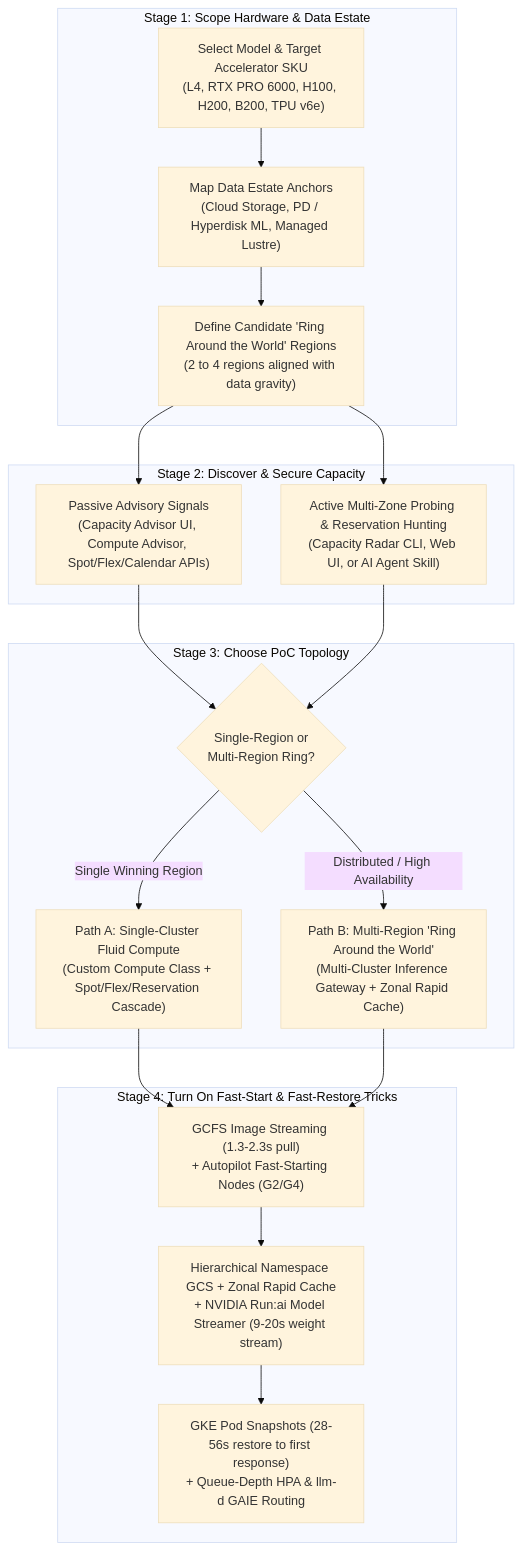
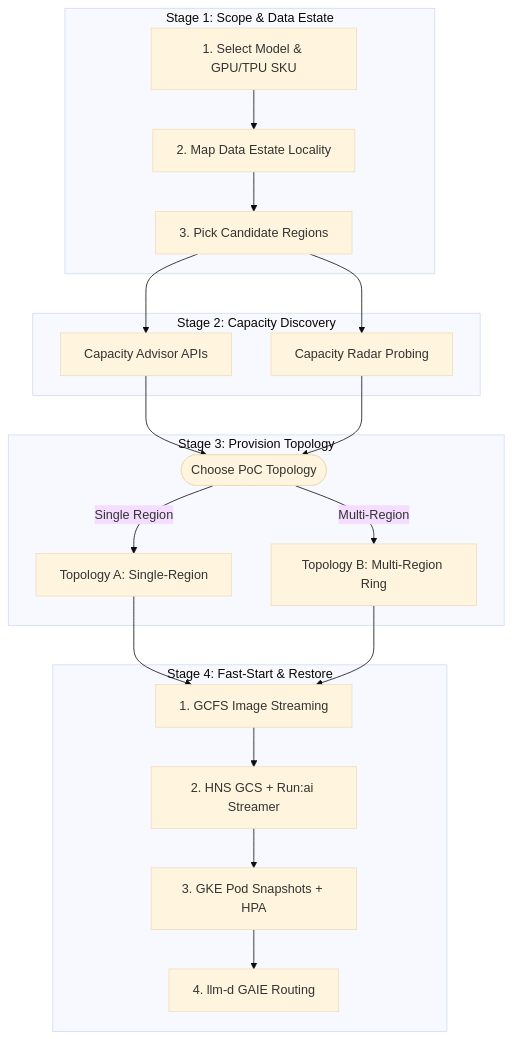
Before and after one commit to GoogleCloudPlatform/accelerated-platforms: the first of 2 diagrams in docs/platforms/gke/base/use-cases/inference-ref-arch/poc-capacity-and-rapid-deployment-guide.md, drawn with Mermaid (base theme). The commit also changed other lines of this file, not shown here.

Commit message:
docs(inference-ref-arch): fix Mermaid diagram text clipping on GitHub

````diff
--- a/docs/platforms/gke/base/use-cases/inference-ref-arch/poc-capacity-and-rapid-deployment-guide.md
+++ b/docs/platforms/gke/base/use-cases/inference-ref-arch/poc-capacity-and-rapid-deployment-guide.md
@@ -51,26 +51,27 @@
 ```mermaid
 flowchart TD
-  subgraph S1["Stage 1: Scope Hardware & Data Estate"]
-    A["Select Model & Target Accelerator SKU<br/>(L4, RTX PRO 6000, H100, H200, B200, TPU v6e)"] --> B["Map Data Estate Anchors<br/>(Cloud Storage, PD / Hyperdisk ML, Managed Lustre)"]
-    B --> C["Define Candidate 'Ring Around the World' Regions<br/>(2 to 4 regions aligned with data gravity)"]
+  subgraph S1["Stage 1: Scope & Data Estate"]
+    A["1. Select Model & GPU/TPU SKU"] --> B["2. Map Data Estate Locality"]
+    B --> C["3. Pick Candidate Regions"]
   end
 
-  subgraph S2["Stage 2: Discover & Secure Capacity"]
-    C --> D["Passive Advisory Signals<br/>(Capacity Advisor UI, Compute Advisor, Spot/Flex/Calendar APIs)"]
-    C --> E["Active Multi-Zone Probing & Reservation Hunting<br/>(Capacity Radar CLI, Web UI, or AI Agent Skill)"]
+  subgraph S2["Stage 2: Capacity Discovery"]
+    C --> D["Capacity Advisor APIs"]
+    C --> E["Capacity Radar Probing"]
   end
 
-  subgraph S3["Stage 3: Choose PoC Topology"]
-    D --> F{"Single-Region or<br/>Multi-Region Ring?"}
+  subgraph S3["Stage 3: Provision Topology"]
+    D --> F(["Choose PoC Topology"])
     E --> F
-    F -->|"Single Winning Region"| G["Path A: Single-Cluster Fluid Compute<br/>(Custom Compute Class + Spot/Flex/Reservation Cascade)"]
-    F -->|"Distributed / High Availability"| H["Path B: Multi-Region 'Ring Around the World'<br/>(Multi-Cluster Inference Gateway + Zonal Rapid Cache)"]
+    F -->|"Single Region"| G["Topology A: Single-Region"]
+    F -->|"Multi-Region"| H["Topology B: Multi-Region Ring"]
   end
 
-  subgraph S4["Stage 4: Turn On Fast-Start & Fast-Restore Tricks"]
-    G --> I["GCFS Image Streaming (1.3-2.3s pull)<br/>+ Autopilot Fast-Starting Nodes (G2/G4)"]
+  subgraph S4["Stage 4: Fast-Start & Restore"]
+    G --> I["1. GCFS Image Streaming"]
     H --> I
-    I --> J["Hierarchical Namespace GCS + Zonal Rapid Cache<br/>+ NVIDIA Run:ai Model Streamer (9-20s weight stream)"]
-    J --> K["GKE Pod Snapshots (28-56s restore to first response)<br/>+ Queue-Depth HPA & llm-d GAIE Routing"]
+    I --> J["2. HNS GCS + Run:ai Streamer"]
+    J --> K["3. GKE Pod Snapshots + HPA"]
+    K --> L["4. llm-d GAIE Routing"]
   end
 ```
````
